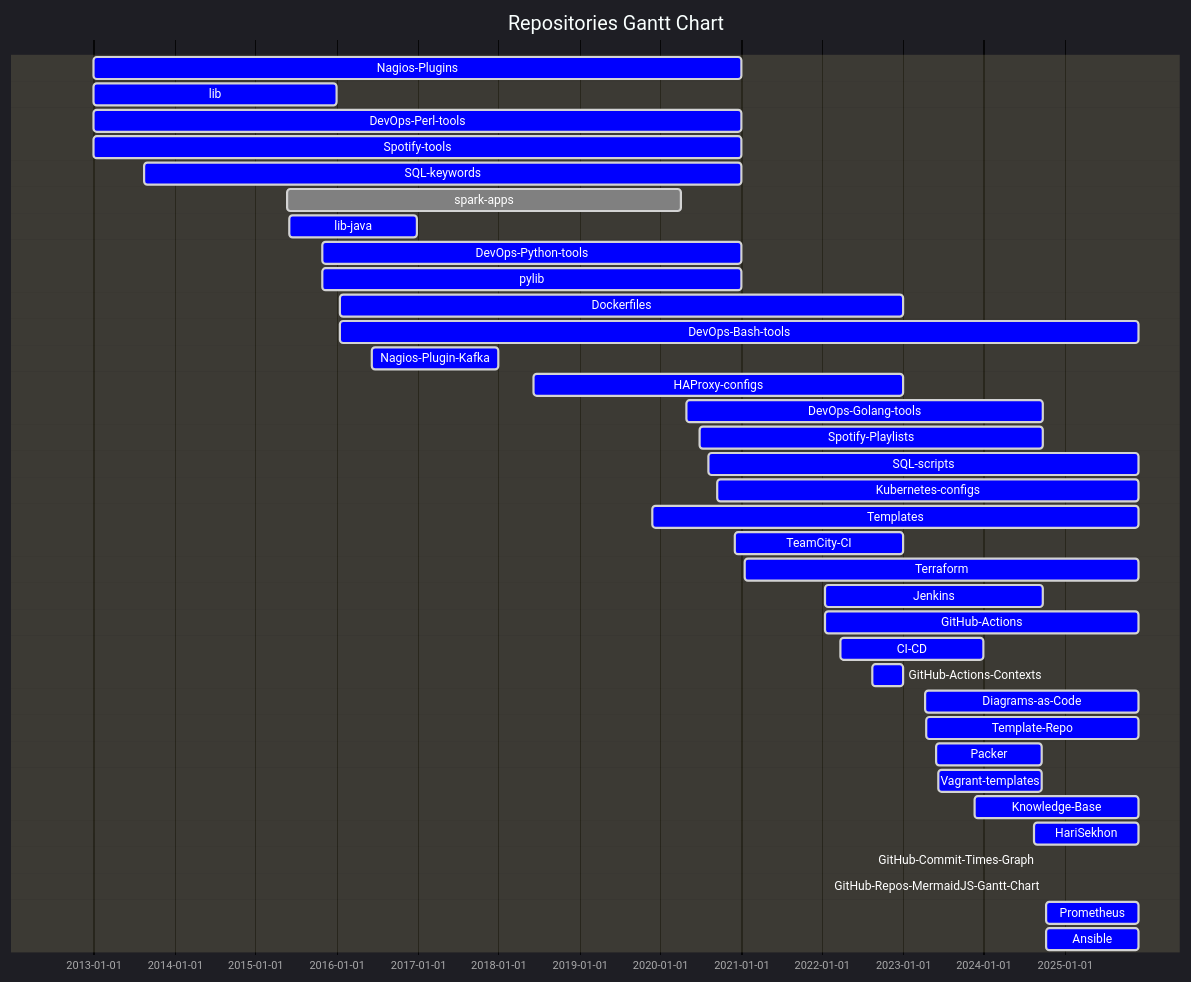
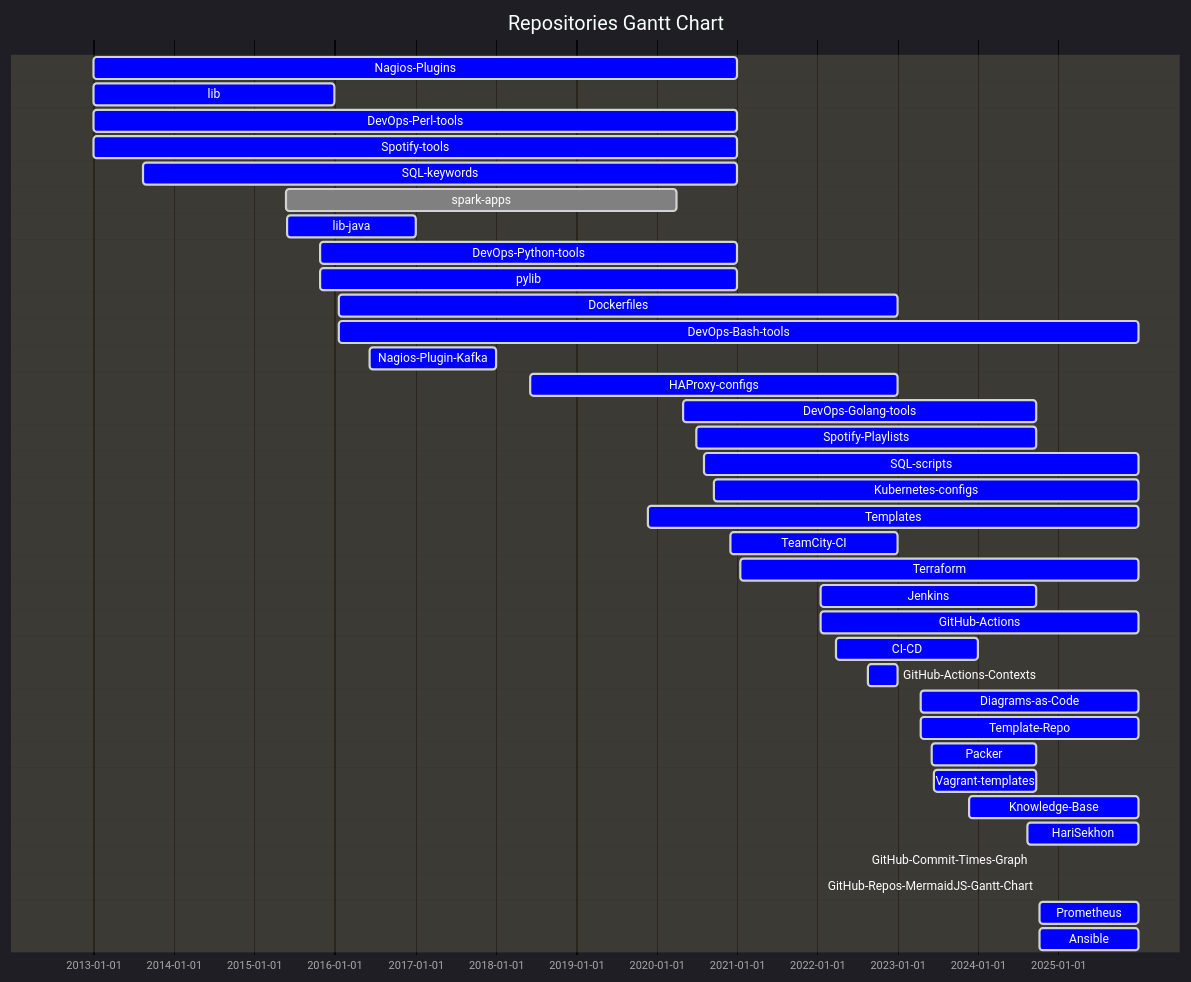
One commit to HariSekhon/HariSekhon changed the first of 2 diagrams in README.md. Above: the diagram before and after it, drawn with Mermaid. The commit also changed other lines of this file, not shown here.

````diff
--- a/README.md
+++ b/README.md
@@ -1257,58 +1257,58 @@
 ```mermaid
 %%{ init: {
         "topAxis": true,
         "logLevel": "debug",
         'theme': 'dark',
         'themeVariables': {
           'activeTaskBkgColor': '#0000ff',
           'activeTaskBorderColor': 'lightgrey',
           'critBorderColor': 'lightgrey',
           'doneTaskBkgColor': 'grey',
           'doneTaskBorderColor': 'lightgrey',
           'taskBkgColor': 'black',
           'taskBorderColor': 'black',
           'taskTextColor': 'white',
           'taskTextDarkColor': 'white',
           'taskTextLightColor': 'black',
           'todayLineColor': 'red'
         }
     }
 }%%
 gantt
     dateFormat  YYYY-MM-DD
     title Repositories Gantt Chart
     Nagios-Plugins : active, 2012-12-30, 2020-12-31
     lib : active, 2012-12-30, 2015-12-31
     DevOps-Perl-tools : active, 2012-12-30, 2020-12-31
     Spotify-tools : active, 2012-12-30, 2020-12-31
     SQL-keywords : active, 2013-08-13, 2020-12-31
     spark-apps : done, 2015-05-25, 2020-04-02
     lib-java : active, 2015-05-31, 2016-12-31
     DevOps-Python-tools : active, 2015-10-27, 2020-12-31
     pylib : active, 2015-10-27, 2020-12-31
     Dockerfiles : active, 2016-01-17, 2022-12-31
-    DevOps-Bash-tools : active, 2016-01-17, 2025-11-30
+    DevOps-Bash-tools : active, 2016-01-17, 2025-12-30
     Nagios-Plugin-Kafka : active, 2016-06-07, 2017-12-31
     HAProxy-configs : active, 2018-06-08, 2022-12-31
     DevOps-Golang-tools : active, 2020-04-30, 2024-09-22
     Spotify-Playlists : active, 2020-06-29, 2024-09-22
-    SQL-scripts : active, 2020-08-05, 2025-11-30
-    Kubernetes-configs : active, 2020-09-16, 2025-11-30
-    Templates : active, 2019-11-25, 2025-11-30
+    SQL-scripts : active, 2020-08-05, 2025-12-30
+    Kubernetes-configs : active, 2020-09-16, 2025-12-30
+    Templates : active, 2019-11-25, 2025-12-30
     TeamCity-CI : active, 2020-12-03, 2022-12-31
-    Terraform : active, 2021-01-18, 2025-11-30
+    Terraform : active, 2021-01-18, 2025-12-30
     Jenkins : active, 2022-01-17, 2024-09-23
-    GitHub-Actions : active, 2022-01-17, 2025-11-30
+    GitHub-Actions : active, 2022-01-17, 2025-12-30
     CI-CD : active, 2022-03-25, 2023-12-31
     GitHub-Actions-Contexts : active, 2022-08-17, 2022-12-31
-    Diagrams-as-Code : active, 2023-04-14, 2025-11-30
-    Template-Repo : active, 2023-04-15, 2025-11-30
+    Diagrams-as-Code : active, 2023-04-14, 2025-12-30
+    Template-Repo : active, 2023-04-15, 2025-12-30
     Packer : active, 2023-06-02, 2024-09-21
     Vagrant-templates : active, 2023-06-12, 2024-09-21
-    Knowledge-Base : active, 2023-11-22, 2025-11-30
-    HariSekhon : active, 2024-08-14, 2025-11-30
+    Knowledge-Base : active, 2023-11-22, 2025-12-30
+    HariSekhon : active, 2024-08-14, 2025-12-30
     GitHub-Commit-Times-Graph : active, 2024-09-07, 2024-09-08
     GitHub-Repos-MermaidJS-Gantt-Chart : active, 2024-10-02, 2024-10-03
-    Prometheus : active, 2024-10-08, 2025-11-30
-    Ansible : active, 2024-10-08, 2025-11-30
+    Prometheus : active, 2024-10-08, 2025-12-30
+    Ansible : active, 2024-10-08, 2025-12-30
 ```
````
